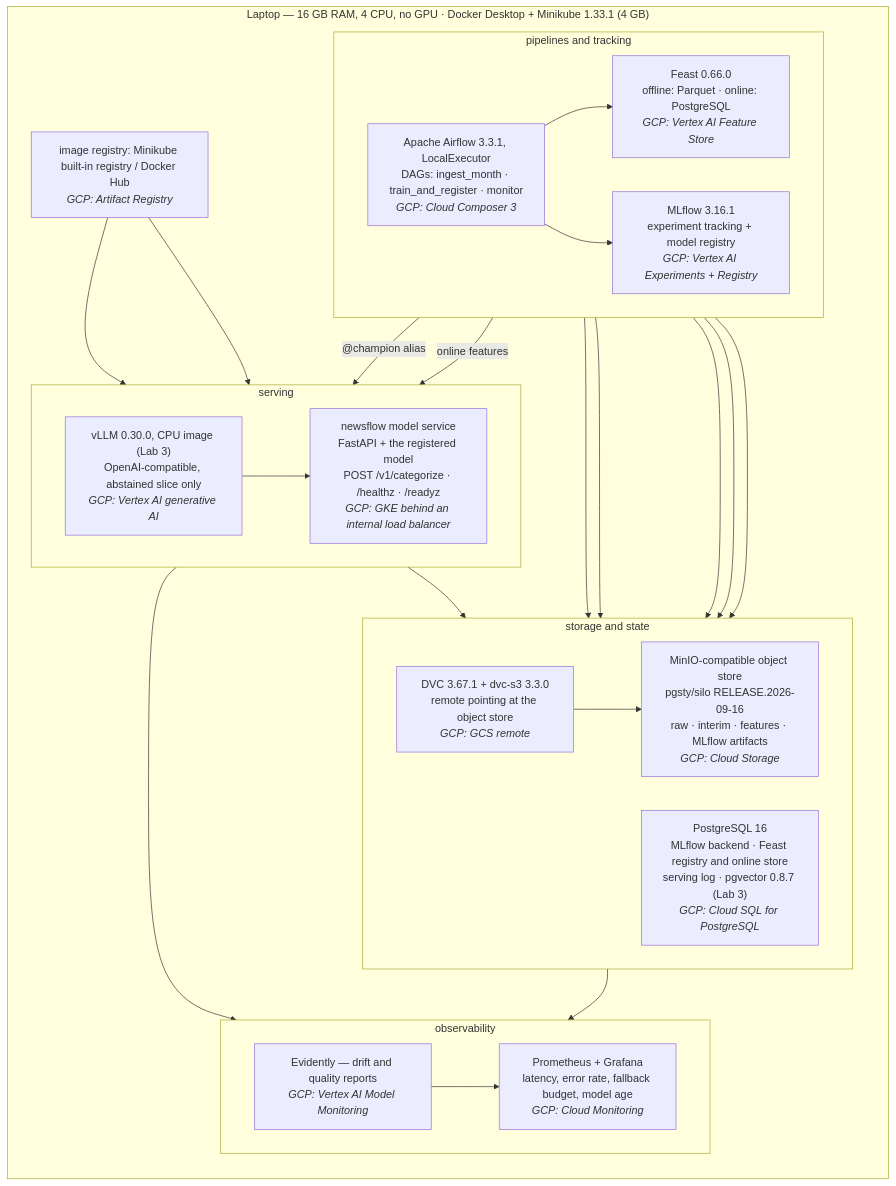
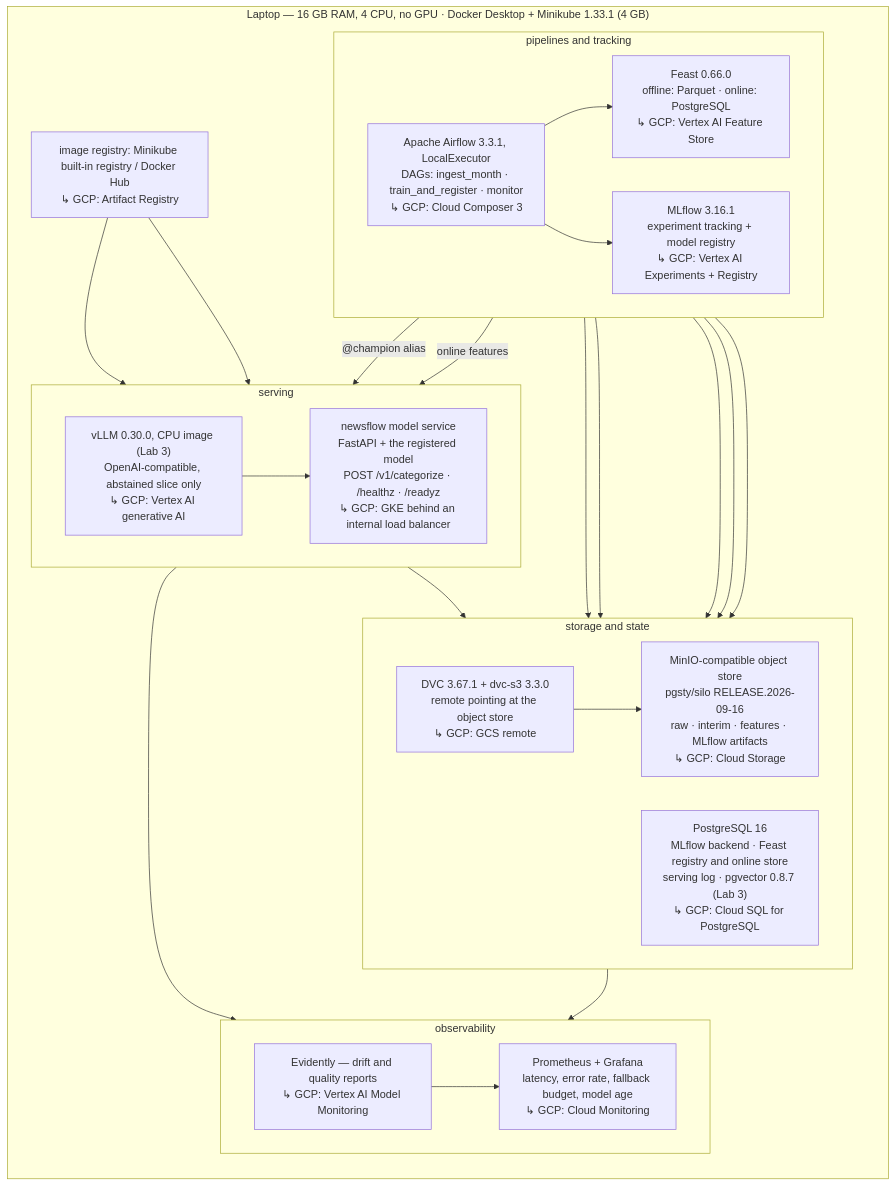
The third of 3 diagrams in docs/design.md (MoisieievVasya/mlops), drawn with Mermaid before and after one commit.

Commit message:
diagrams: drop HTML tags from mermaid node labels
GitHub renders mermaid with htmlLabels disabled, so <i> inside a node label
shows as literal text or is dropped. The cloud-equivalent annotations in the
deployment diagram now use a plain text marker. <br/> is unaffected - mermaid
handles it in both modes.

````diff
--- a/docs/design.md
+++ b/docs/design.md
@@ -493,52 +493,52 @@
 ```mermaid
 flowchart TB
     subgraph LAPTOP["Laptop — 16 GB RAM, 4 CPU, no GPU · Docker Desktop + Minikube 1.33.1 (4 GB)"]
       direction TB
 
       subgraph STORE["storage and state"]
         direction LR
-        MINIO["MinIO-compatible object store<br/>pgsty/silo RELEASE.2026-09-16<br/>raw · interim · features · MLflow artifacts<br/><i>GCP: Cloud Storage</i>"]
-        PG["PostgreSQL 16<br/>MLflow backend · Feast registry and online store<br/>serving log · pgvector 0.8.7 (Lab 3)<br/><i>GCP: Cloud SQL for PostgreSQL</i>"]
-        DVC["DVC 3.67.1 + dvc-s3 3.3.0<br/>remote pointing at the object store<br/><i>GCP: GCS remote</i>"]
+        MINIO["MinIO-compatible object store<br/>pgsty/silo RELEASE.2026-09-16<br/>raw · interim · features · MLflow artifacts<br/>↳ GCP: Cloud Storage"]
+        PG["PostgreSQL 16<br/>MLflow backend · Feast registry and online store<br/>serving log · pgvector 0.8.7 (Lab 3)<br/>↳ GCP: Cloud SQL for PostgreSQL"]
+        DVC["DVC 3.67.1 + dvc-s3 3.3.0<br/>remote pointing at the object store<br/>↳ GCP: GCS remote"]
       end
 
       subgraph PIPE["pipelines and tracking"]
         direction LR
-        AF["Apache Airflow 3.3.1, LocalExecutor<br/>DAGs: ingest_month · train_and_register · monitor<br/><i>GCP: Cloud Composer 3</i>"]
-        MLF["MLflow 3.16.1<br/>experiment tracking + model registry<br/><i>GCP: Vertex AI Experiments + Registry</i>"]
-        FEAST["Feast 0.66.0<br/>offline: Parquet · online: PostgreSQL<br/><i>GCP: Vertex AI Feature Store</i>"]
+        AF["Apache Airflow 3.3.1, LocalExecutor<br/>DAGs: ingest_month · train_and_register · monitor<br/>↳ GCP: Cloud Composer 3"]
+        MLF["MLflow 3.16.1<br/>experiment tracking + model registry<br/>↳ GCP: Vertex AI Experiments + Registry"]
+        FEAST["Feast 0.66.0<br/>offline: Parquet · online: PostgreSQL<br/>↳ GCP: Vertex AI Feature Store"]
       end
 
       subgraph SERVE["serving"]
         direction LR
-        API["newsflow model service<br/>FastAPI + the registered model<br/>POST /v1/categorize · /healthz · /readyz<br/><i>GCP: GKE behind an internal load balancer</i>"]
-        VLLM["vLLM 0.30.0, CPU image (Lab 3)<br/>OpenAI-compatible, abstained slice only<br/><i>GCP: Vertex AI generative AI</i>"]
+        API["newsflow model service<br/>FastAPI + the registered model<br/>POST /v1/categorize · /healthz · /readyz<br/>↳ GCP: GKE behind an internal load balancer"]
+        VLLM["vLLM 0.30.0, CPU image (Lab 3)<br/>OpenAI-compatible, abstained slice only<br/>↳ GCP: Vertex AI generative AI"]
       end
 
       subgraph OBS["observability"]
         direction LR
-        EV["Evidently — drift and quality reports<br/><i>GCP: Vertex AI Model Monitoring</i>"]
-        PROM["Prometheus + Grafana<br/>latency, error rate, fallback budget, model age<br/><i>GCP: Cloud Monitoring</i>"]
+        EV["Evidently — drift and quality reports<br/>↳ GCP: Vertex AI Model Monitoring"]
+        PROM["Prometheus + Grafana<br/>latency, error rate, fallback budget, model age<br/>↳ GCP: Cloud Monitoring"]
       end
 
-      REG["image registry: Minikube built-in registry / Docker Hub<br/><i>GCP: Artifact Registry</i>"]
+      REG["image registry: Minikube built-in registry / Docker Hub<br/>↳ GCP: Artifact Registry"]
     end
 
     AF --> MINIO
     AF --> PG
     DVC --> MINIO
     AF --> FEAST
     AF --> MLF
     MLF --> PG
     MLF --> MINIO
     FEAST --> PG
     MLF -->|"@champion alias"| API
     FEAST -->|"online features"| API
     API --> PG
     VLLM --> API
     API --> PROM
     PG --> EV
     EV --> PROM
     REG --> API
     REG --> VLLM
 ```
````
